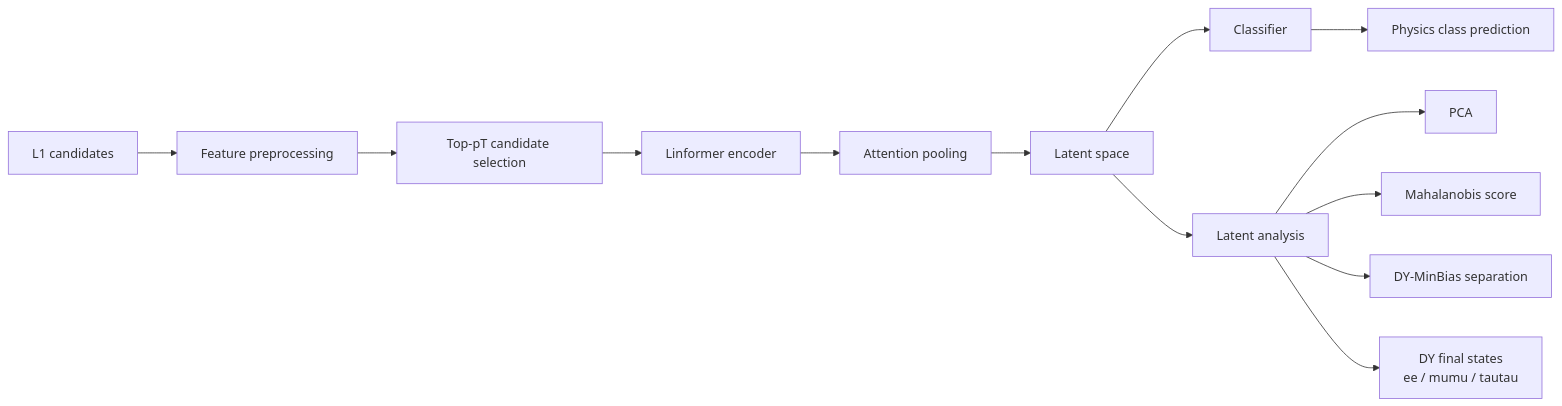
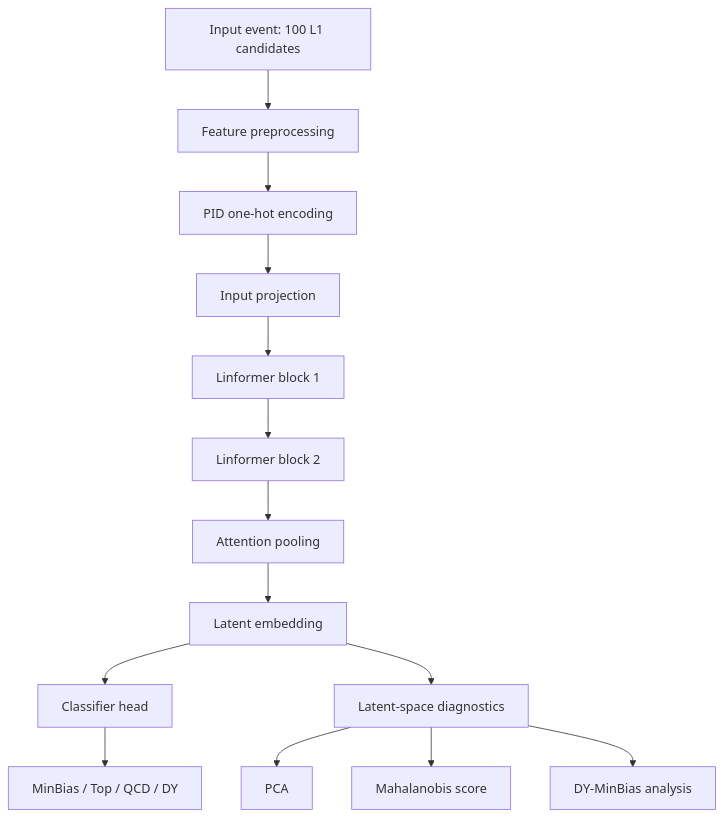
The diagram in README.md (imstefleon/NGT-WP3-Representation-Learning-LHC-Triggers), drawn with Mermaid before and after one commit. The commit also changed other lines of this file, not shown here.

````diff
--- a/README.md
+++ b/README.md
@@ -147,16 +80,16 @@
 ```mermaid
-flowchart LR
-    A["L1 candidates"] --> B["Feature preprocessing"]
-    B --> C["Top-pT candidate selection"]
-    C --> D["Linformer encoder"]
-    D --> E["Attention pooling"]
-    E --> F["Latent space"]
-    F --> G["Classifier"]
-    G --> H["Physics class prediction"]
-
-    F --> I["Latent analysis"]
-    I --> J["PCA"]
-    I --> K["Mahalanobis score"]
-    I --> L["DY-MinBias separation"]
-    I --> M["DY final states<br/>ee / mumu / tautau"]
+flowchart TD
+    A["Input event: 100 L1 candidates"] --> B["Feature preprocessing"]
+    B --> C["PID one-hot encoding"]
+    C --> D["Input projection"]
+    D --> E["Linformer block 1"]
+    E --> F["Linformer block 2"]
+    F --> G["Attention pooling"]
+    G --> H["Latent embedding"]
+    H --> I["Classifier head"]
+    H --> J["Latent-space diagnostics"]
+    I --> K["MinBias / Top / QCD / DY"]
+    J --> L["PCA"]
+    J --> M["Mahalanobis score"]
+    J --> N["DY-MinBias analysis"]
 ```
````
